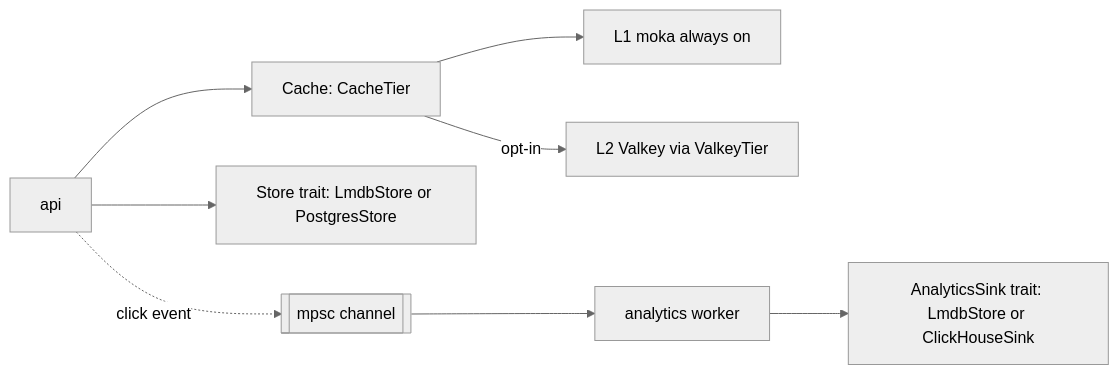
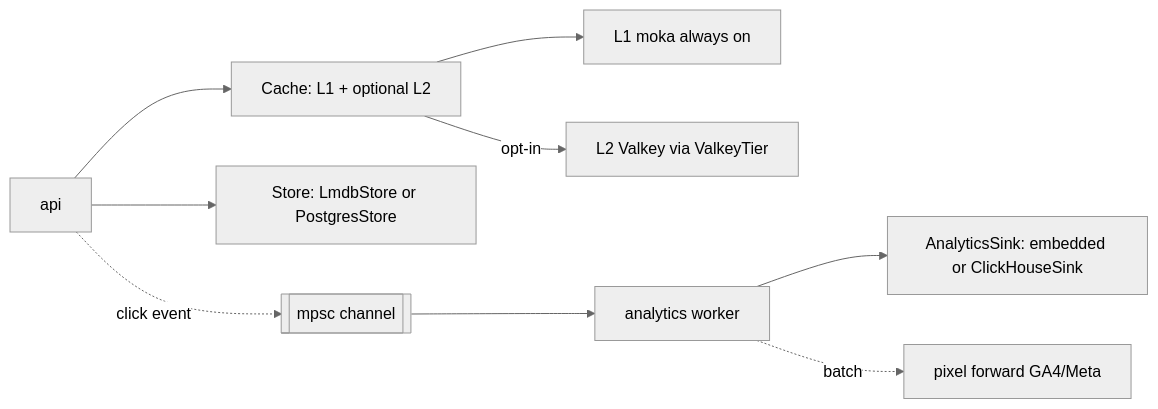
The fifth of 5 diagrams in docs/ARCHITECTURE.md (lucasolopes/quark), drawn with Mermaid (neutral theme) before and after one commit. The commit also changed other lines of this file and 1 other file, not shown here.

First line of the commit message:
docs(architecture): rewrite to final module map, Record, backends, scale layer

````diff
--- a/docs/ARCHITECTURE.md
+++ b/docs/ARCHITECTURE.md
@@ -129,10 +168,11 @@
 ```mermaid
 flowchart LR
-    Api[api] --> Cache[Cache: CacheTier]
+    Api[api] --> Cache[Cache: L1 + optional L2]
     Cache --> L1[L1 moka always on]
     Cache -->|opt-in| L2[L2 Valkey via ValkeyTier]
-    Api --> St["Store trait: LmdbStore or PostgresStore"]
+    Api --> St["Store: LmdbStore or PostgresStore"]
     Api -.click event.-> Ch[[mpsc channel]]
     Ch --> Wk[analytics worker]
-    Wk --> Sk["AnalyticsSink trait: LmdbStore or ClickHouseSink"]
+    Wk --> Sk["AnalyticsSink: embedded or ClickHouseSink"]
+    Wk -.batch.-> Px[pixel forward GA4/Meta]
 ```
````
